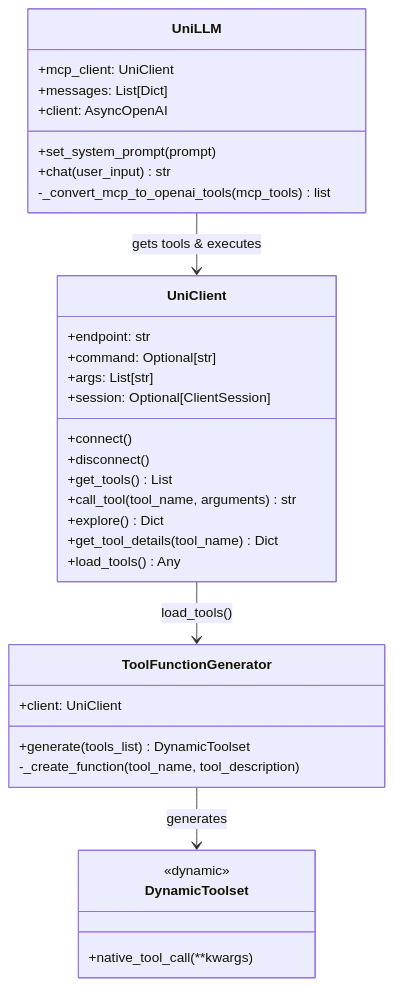
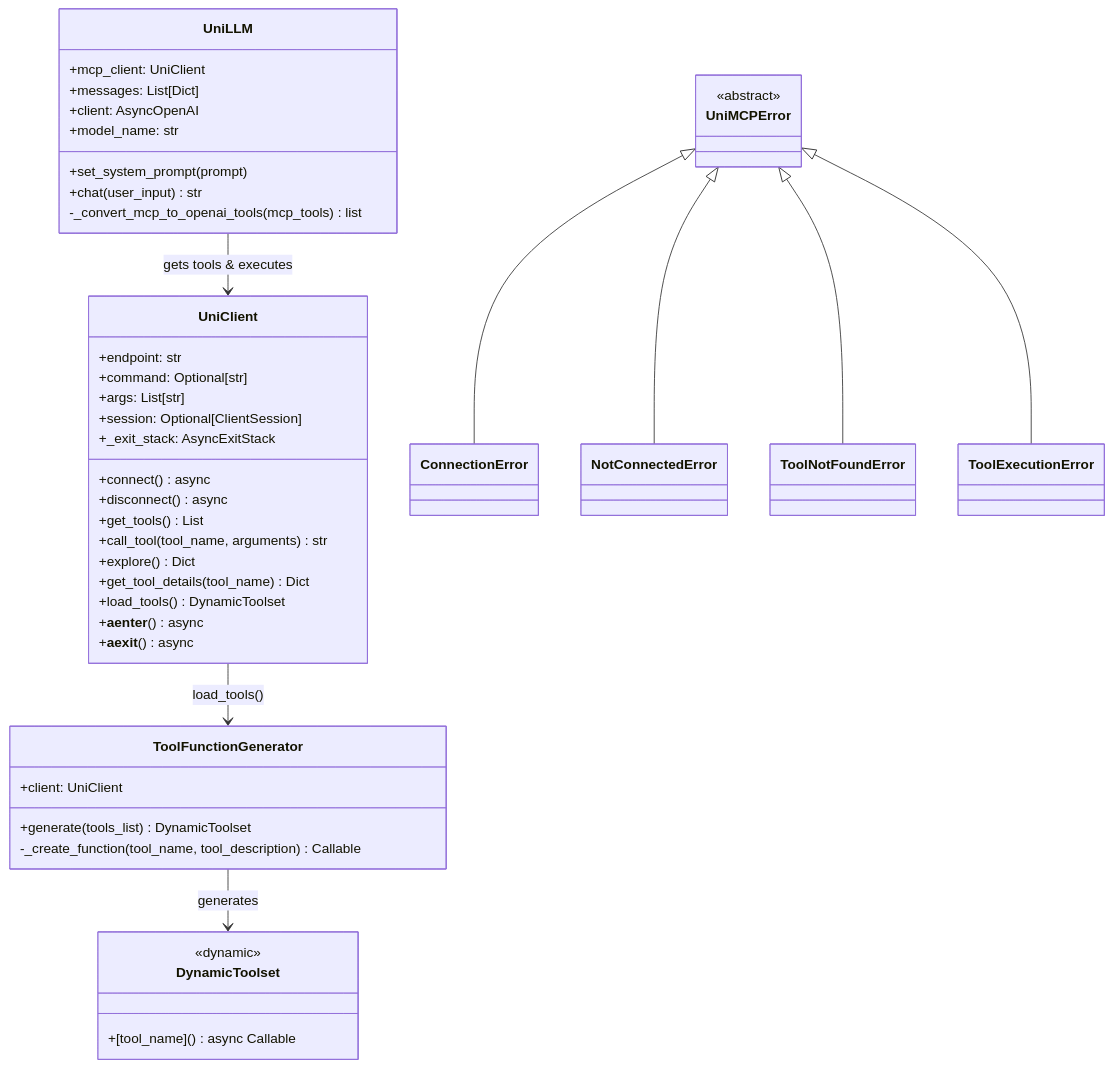
One commit to barada02/UniMCP changed the first of 2 diagrams in CURRENT_ARCHITECTURE.md. Above: the diagram before and after it, drawn with Mermaid. The commit also changed other lines of this file and 1 other file, not shown here.

````diff
--- a/CURRENT_ARCHITECTURE.md
+++ b/CURRENT_ARCHITECTURE.md
@@ -10,40 +16,57 @@
 ```mermaid
 classDiagram
     class UniClient {
         +endpoint: str
         +command: Optional[str]
         +args: List[str]
         +session: Optional[ClientSession]
-        +connect()
-        +disconnect()
+        +_exit_stack: AsyncExitStack
+        +connect() async
+        +disconnect() async
         +get_tools() List
         +call_tool(tool_name, arguments) str
         +explore() Dict
         +get_tool_details(tool_name) Dict
-        +load_tools() Any
+        +load_tools() DynamicToolset
+        +__aenter__() async
+        +__aexit__() async
     }
 
     class ToolFunctionGenerator {
         +client: UniClient
         +generate(tools_list) DynamicToolset
-        -_create_function(tool_name, tool_description)
+        -_create_function(tool_name, tool_description) Callable
+    }
+
+    class DynamicToolset {
+        <<dynamic>>
+        +[tool_name]() async Callable
     }
 
     class UniLLM {
         +mcp_client: UniClient
         +messages: List[Dict]
         +client: AsyncOpenAI
+        +model_name: str
         +set_system_prompt(prompt)
         +chat(user_input) str
         -_convert_mcp_to_openai_tools(mcp_tools) list
     }
 
-    class DynamicToolset {
-        <<dynamic>>
-        +native_tool_call(**kwargs)
+    class UniMCPError {
+        <<abstract>>
     }
+
+    class ConnectionError
+    class NotConnectedError
+    class ToolNotFoundError
+    class ToolExecutionError
 
     UniClient --> ToolFunctionGenerator : load_tools()
     ToolFunctionGenerator --> DynamicToolset : generates
     UniLLM --> UniClient : gets tools & executes
+    UniMCPError <|-- ConnectionError
+    UniMCPError <|-- NotConnectedError
+    UniMCPError <|-- ToolNotFoundError
+    UniMCPError <|-- ToolExecutionError
 ```
````
